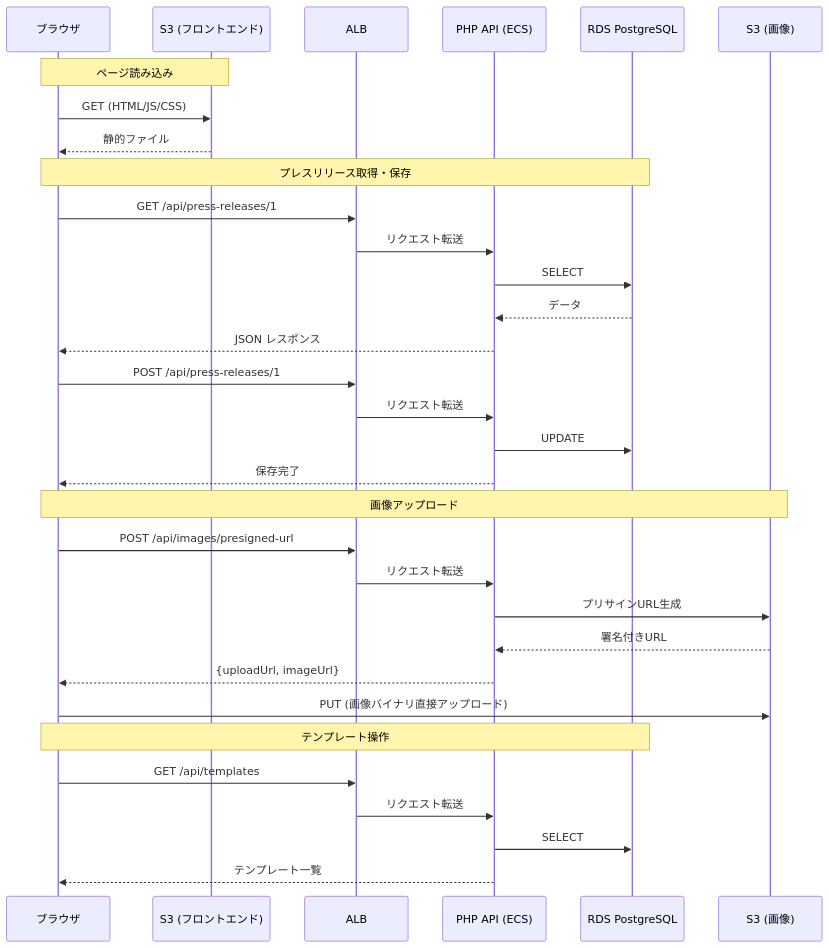
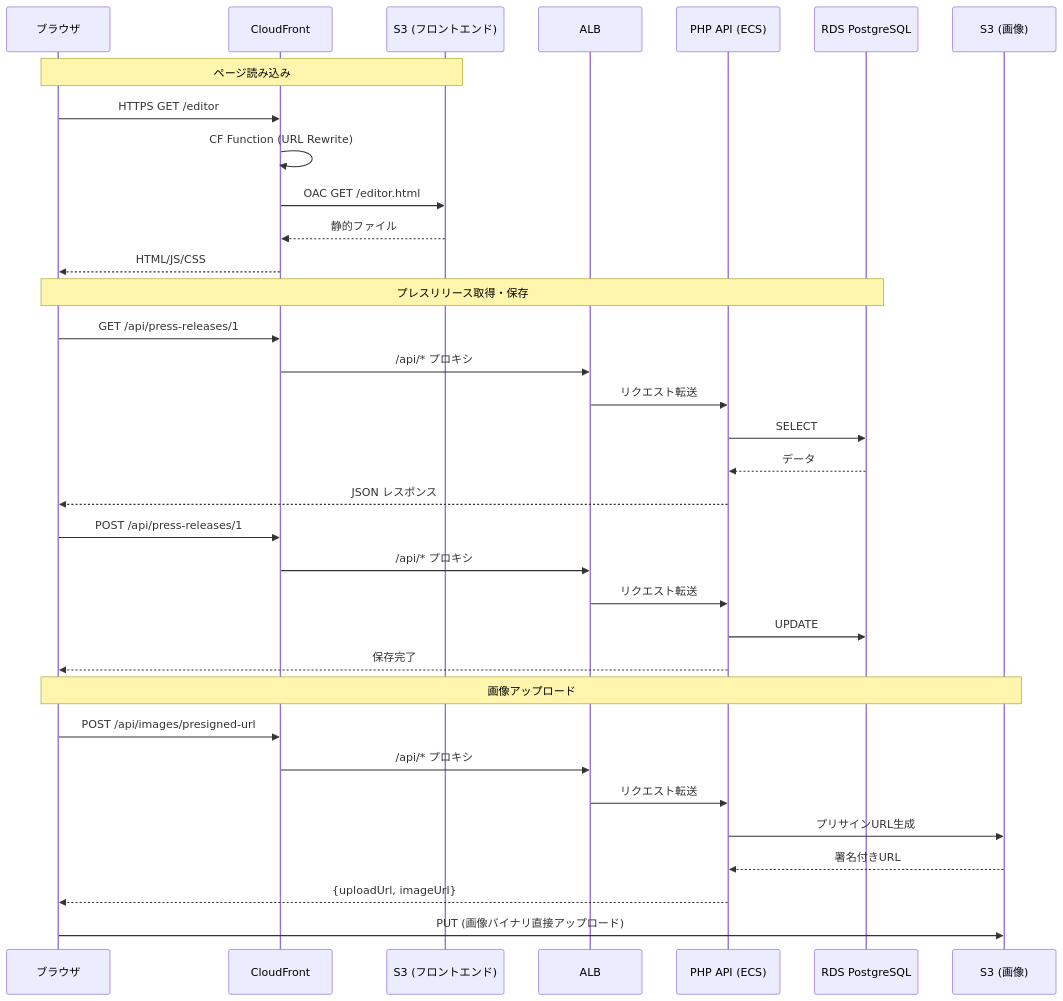
Before and after one commit to norman6464/early_riser: the second of 2 diagrams in README.md, drawn with Mermaid. The commit also changed other lines of this file and 2 other files, not shown here.

First line of the commit message:
docs: README更新とAWS構成図の反映

````diff
--- a/README.md
+++ b/README.md
@@ -140,39 +145,40 @@
 ```mermaid
 sequenceDiagram
     participant B as ブラウザ
+    participant CF as CloudFront
     participant S3F as S3 (フロントエンド)
     participant ALB as ALB
     participant API as PHP API (ECS)
     participant DB as RDS PostgreSQL
     participant S3I as S3 (画像)
 
     Note over B,S3F: ページ読み込み
-    B->>S3F: GET (HTML/JS/CSS)
-    S3F-->>B: 静的ファイル
+    B->>CF: HTTPS GET /editor
+    CF->>CF: CF Function (URL Rewrite)
+    CF->>S3F: OAC GET /editor.html
+    S3F-->>CF: 静的ファイル
+    CF-->>B: HTML/JS/CSS
 
     Note over B,DB: プレスリリース取得・保存
-    B->>ALB: GET /api/press-releases/1
+    B->>CF: GET /api/press-releases/1
+    CF->>ALB: /api/* プロキシ
     ALB->>API: リクエスト転送
     API->>DB: SELECT
     DB-->>API: データ
     API-->>B: JSON レスポンス
 
-    B->>ALB: POST /api/press-releases/1
+    B->>CF: POST /api/press-releases/1
+    CF->>ALB: /api/* プロキシ
     ALB->>API: リクエスト転送
     API->>DB: UPDATE
     API-->>B: 保存完了
 
     Note over B,S3I: 画像アップロード
-    B->>ALB: POST /api/images/presigned-url
+    B->>CF: POST /api/images/presigned-url
+    CF->>ALB: /api/* プロキシ
     ALB->>API: リクエスト転送
     API->>S3I: プリサインURL生成
     S3I-->>API: 署名付きURL
     API-->>B: {uploadUrl, imageUrl}
     B->>S3I: PUT (画像バイナリ直接アップロード)
-
-    Note over B,DB: テンプレート操作
-    B->>ALB: GET /api/templates
-    ALB->>API: リクエスト転送
-    API->>DB: SELECT
-    API-->>B: テンプレート一覧
 ```
````
